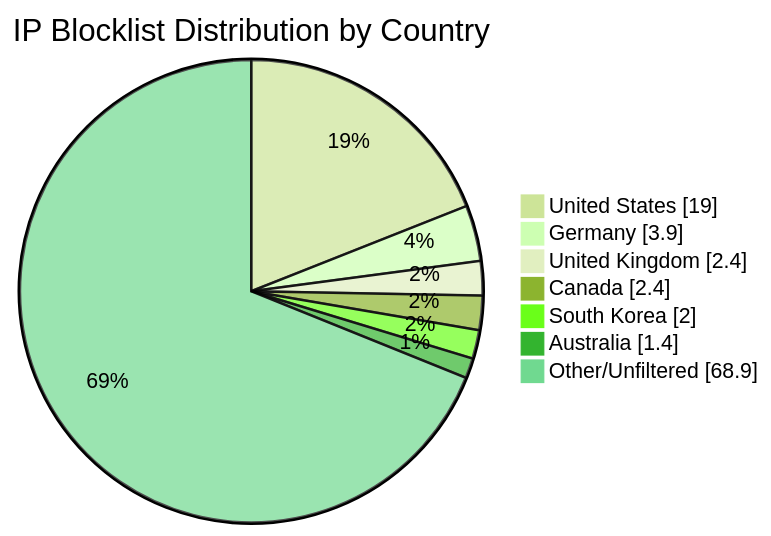
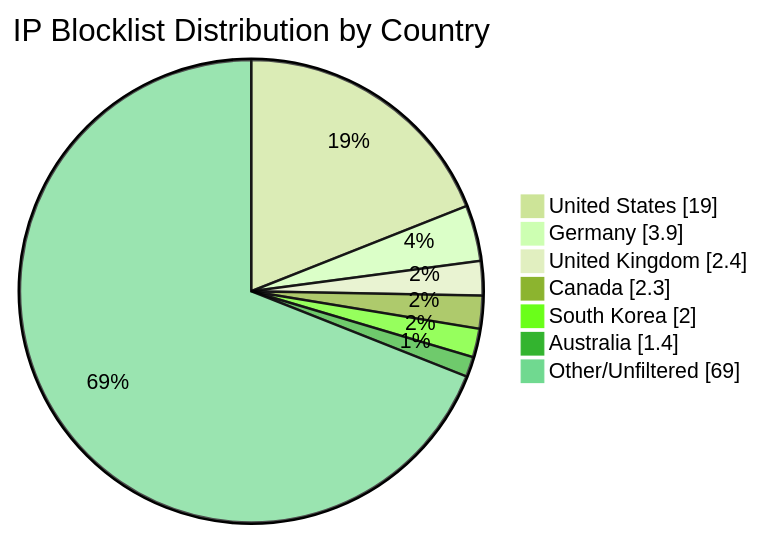
One commit to MarcusHoltz/ipblocklist-geofiltered-aggregator changed the diagram in README.md. Above: the diagram before and after it, drawn with Mermaid (forest theme). The commit also changed other lines of this file and 9 other files, not shown here.

````diff
--- a/README.md
+++ b/README.md
@@ -34,10 +34,10 @@
 ```mermaid
 pie showData title IP Blocklist Distribution by Country
 "United States" : 19.0
 "Germany" : 3.9
 "United Kingdom" : 2.4
-"Canada" : 2.4
+"Canada" : 2.3
 "South Korea" : 2.0
 "Australia" : 1.4
-"Other/Unfiltered" : 68.9
+"Other/Unfiltered" : 69.0
 ```
````
